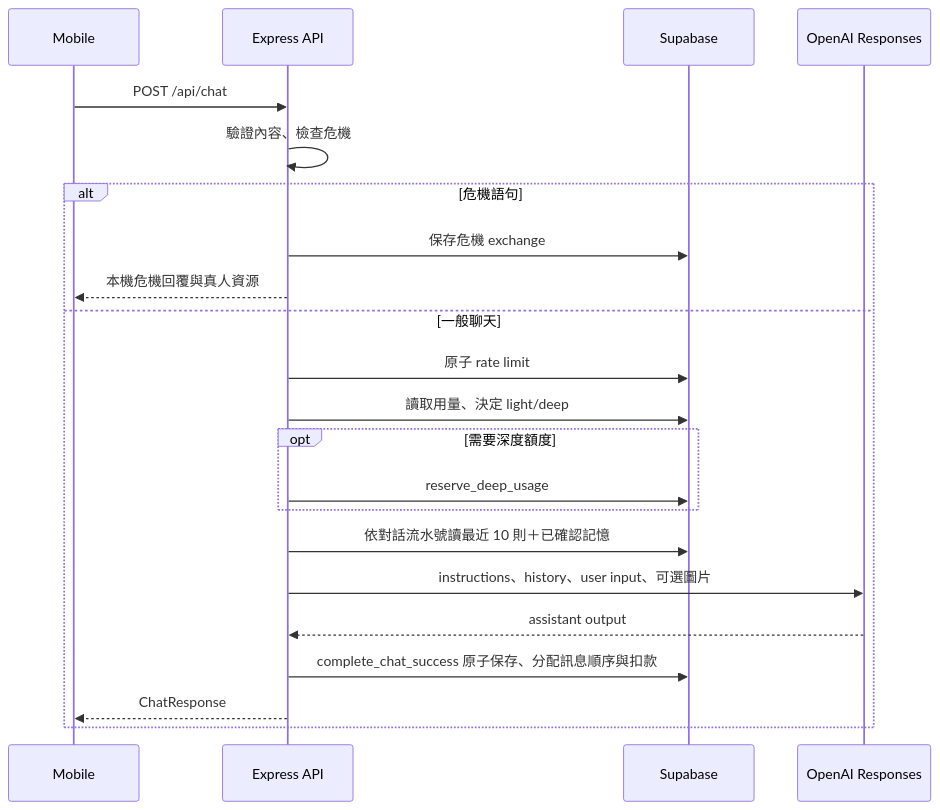
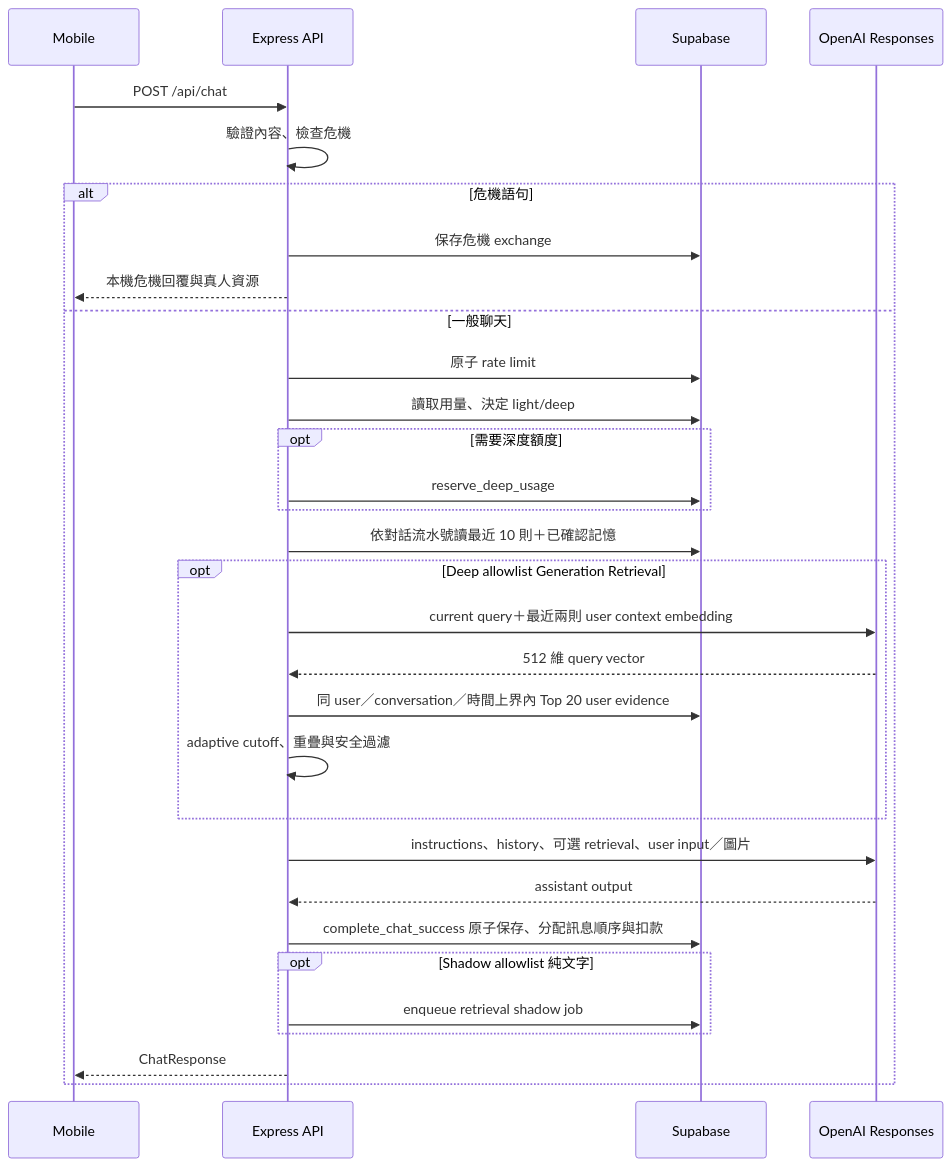
The second of 4 diagrams in docs/ARCHITECTURE.md (Live-Rocks/Softplace), drawn with Mermaid before and after one commit. The commit also changed other lines of this file and 8 other files, not shown here.

Commit message:
fix: lower adaptive retrieval cutoff

````diff
--- a/docs/ARCHITECTURE.md
+++ b/docs/ARCHITECTURE.md
@@ -45,25 +45,34 @@
 ```mermaid
 sequenceDiagram
     participant M as Mobile
     participant S as Express API
     participant DB as Supabase
     participant O as OpenAI Responses
 
     M->>S: POST /api/chat
     S->>S: 驗證內容、檢查危機
     alt 危機語句
         S->>DB: 保存危機 exchange
         S-->>M: 本機危機回覆與真人資源
     else 一般聊天
         S->>DB: 原子 rate limit
         S->>DB: 讀取用量、決定 light/deep
         opt 需要深度額度
             S->>DB: reserve_deep_usage
         end
         S->>DB: 依對話流水號讀最近 10 則＋已確認記憶
-        S->>O: instructions、history、user input、可選圖片
+        opt Deep allowlist Generation Retrieval
+            S->>O: current query＋最近兩則 user context embedding
+            O-->>S: 512 維 query vector
+            S->>DB: 同 user／conversation／時間上界內 Top 20 user evidence
+            S->>S: adaptive cutoff、重疊與安全過濾
+        end
+        S->>O: instructions、history、可選 retrieval、user input／圖片
         O-->>S: assistant output
         S->>DB: complete_chat_success 原子保存、分配訊息順序與扣款
+        opt Shadow allowlist 純文字
+            S->>DB: enqueue retrieval shadow job
+        end
         S-->>M: ChatResponse
     end
 ```
````
